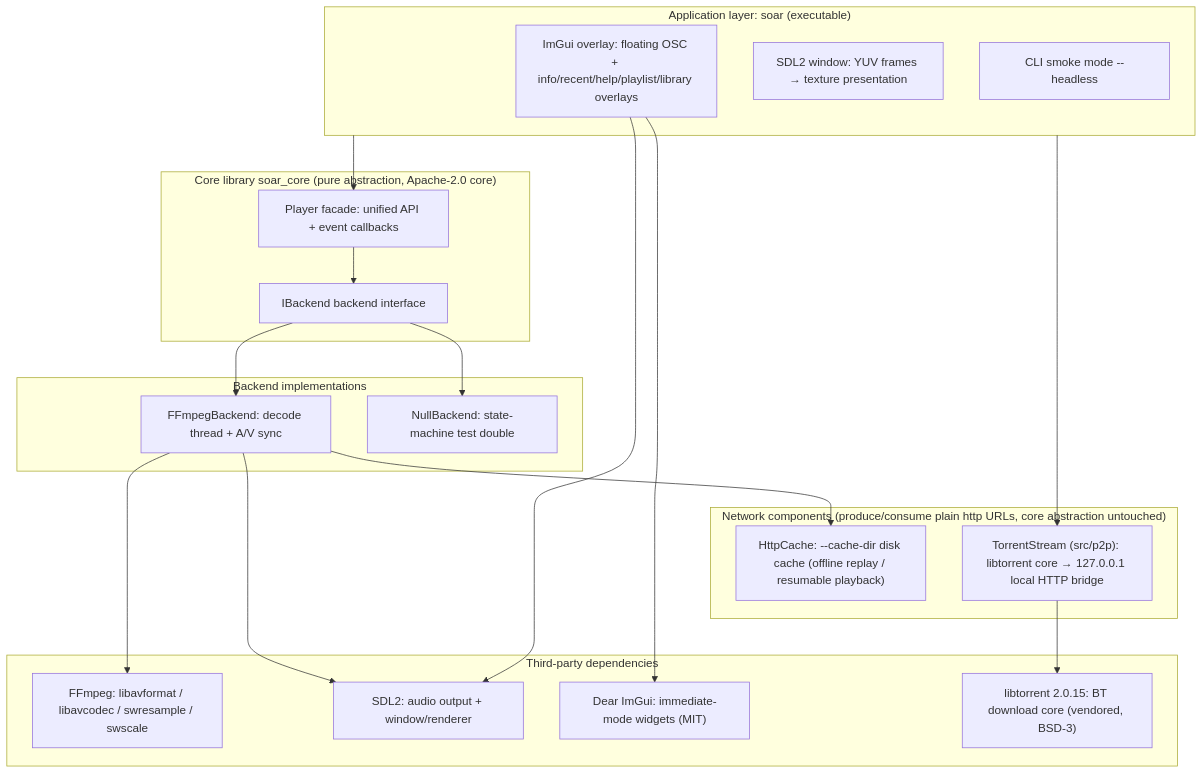
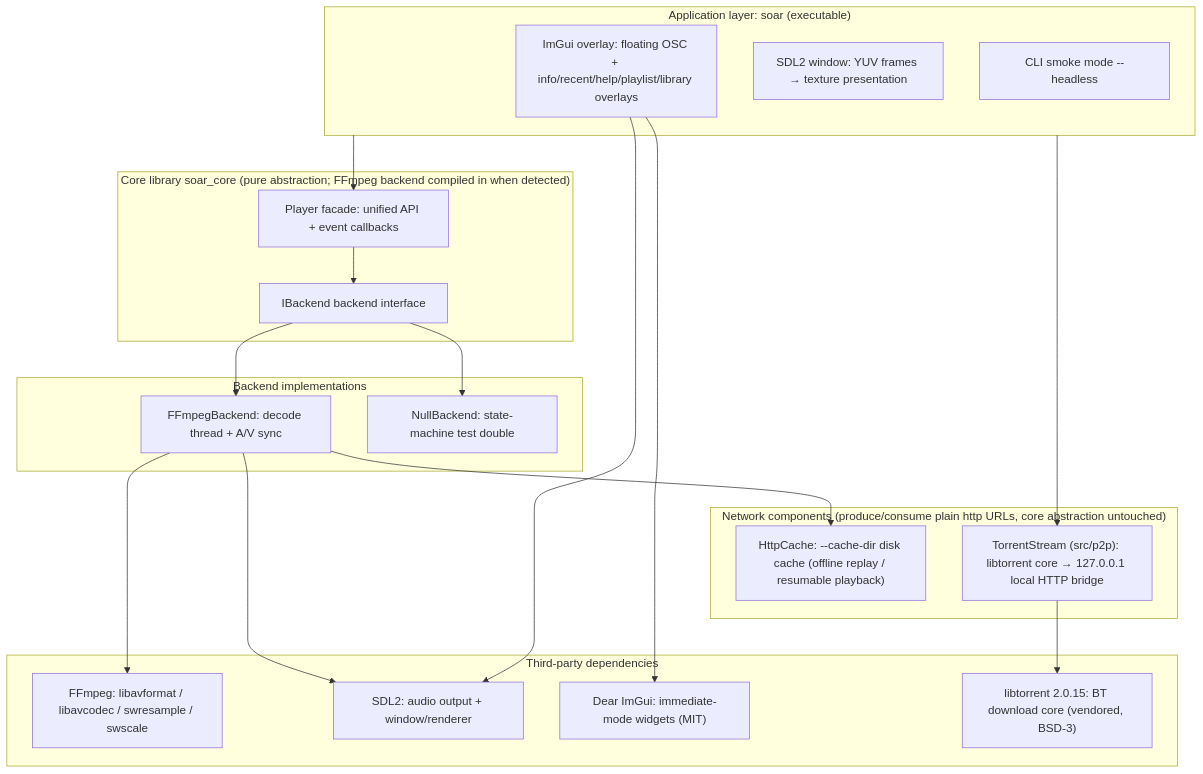
The diagram in README.md (cuihairu/soar), drawn with Mermaid before and after one commit. The commit also changed other lines of this file, not shown here.

````diff
--- a/README.md
+++ b/README.md
@@ -56,41 +56,41 @@
 ```mermaid
 flowchart TB
     subgraph APP["Application layer: soar (executable)"]
         UI["ImGui overlay: floating OSC + info/recent/help/playlist/library overlays"]
         WIN["SDL2 window: YUV frames → texture presentation"]
         HEADLESS["CLI smoke mode --headless"]
     end
 
-    subgraph CORE["Core library soar_core (pure abstraction, Apache-2.0 core)"]
+    subgraph CORE["Core library soar_core (pure abstraction; FFmpeg backend compiled in when detected)"]
         PLAYER["Player facade: unified API + event callbacks"]
         IBACKEND["IBackend backend interface"]
     end
 
     subgraph BACKENDS["Backend implementations"]
         FFB["FFmpegBackend: decode thread + A/V sync"]
         NULLB["NullBackend: state-machine test double"]
     end
 
     subgraph NET["Network components (produce/consume plain http URLs, core abstraction untouched)"]
         CACHE["HttpCache: --cache-dir disk cache (offline replay / resumable playback)"]
         P2P["TorrentStream (src/p2p): libtorrent core → 127.0.0.1 local HTTP bridge"]
     end
 
     subgraph LIBS["Third-party dependencies"]
         FFMPEG["FFmpeg: libavformat / libavcodec / swresample / swscale"]
         SDL2AUDIO["SDL2: audio output + window/renderer"]
         IMGUI["Dear ImGui: immediate-mode widgets (MIT)"]
         LIBTORRENT["libtorrent 2.0.15: BT download core (vendored, BSD-3)"]
     end
 
     APP --> PLAYER --> IBACKEND
     IBACKEND --> FFB
     IBACKEND --> NULLB
     APP --> P2P
     P2P --> LIBTORRENT
     FFB --> CACHE
     FFB --> FFMPEG
     FFB --> SDL2AUDIO
     UI --> IMGUI
     UI --> SDL2AUDIO
 ```
````
